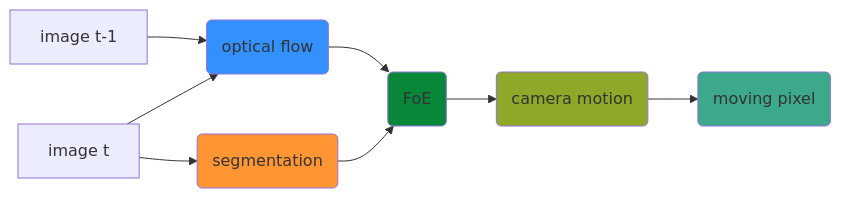
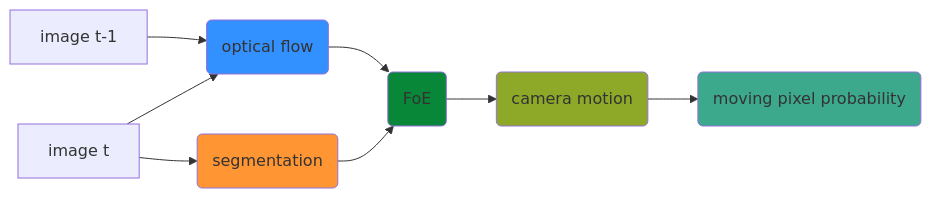
Before and after one commit to MasahiroOgawa/reconstruct4D: the diagram in doc/flowchart_whole.md, drawn with Mermaid. The commit also changed 1 other file, not shown here.

Commit message:
update flow chart by adding prior probability multiplication.

````diff
--- a/doc/flowchart_whole.md
+++ b/doc/flowchart_whole.md
@@ -1,16 +1,16 @@
 ```mermaid
 flowchart LR
     imgt-1[image t-1] --> flow(optical flow)
     imgt[image t] --> flow
     imgt --> seg(segmentation)
     flow --> foe(FoE)
     seg --> foe
     foe --> cam(camera motion)
-    cam --> movpix(moving pixel)
+    cam --> movpix(moving pixel probability)
 
     style flow fill:#3390FF
     style foe fill:#098739
     style cam fill: #8EA928
     style movpix fill: #3DA98C
     style seg fill:#FF9633
 ```
````
